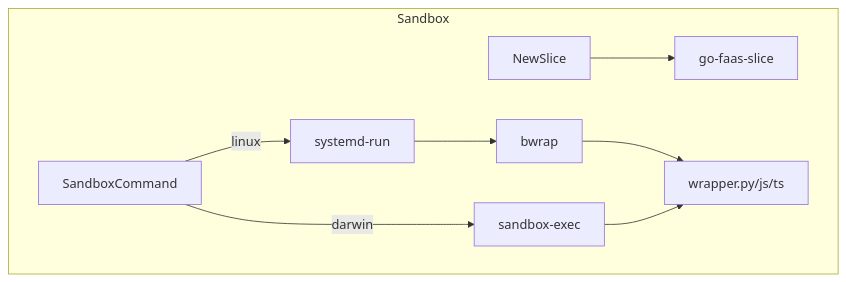
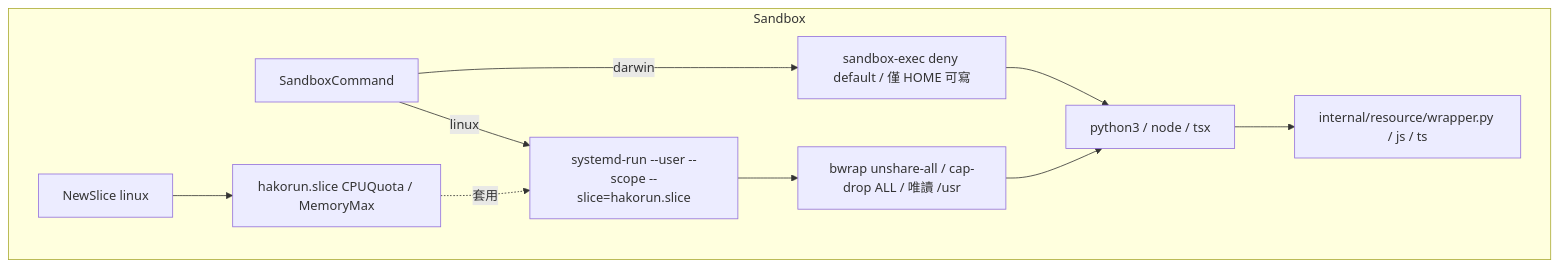
The seventh of 10 diagrams in doc/architecture.zh.md (pardnchiu/HakoRun), drawn with Mermaid before and after one commit. The commit also changed other lines of this file and 17 other files, not shown here.

````diff
--- a/doc/architecture.zh.md
+++ b/doc/architecture.zh.md
@@ -72,12 +142,13 @@
 ```mermaid
 graph TB
     subgraph Sandbox
-        NewSlice[NewSlice] --> SliceUnit[go-faas-slice]
-        SandboxCommand[SandboxCommand]
-        SandboxCommand -->|linux| SystemdRun[systemd-run]
-        SystemdRun --> Bwrap[bwrap]
-        Bwrap --> Wrapper[wrapper.py/js/ts]
-        SandboxCommand -->|darwin| Seatbelt[sandbox-exec]
-        Seatbelt --> Wrapper
+        SandboxCommand[SandboxCommand] -->|linux| SystemdRun[systemd-run --user --scope --slice=hakorun.slice]
+        SystemdRun --> Bwrap[bwrap unshare-all / cap-drop ALL / 唯讀 /usr]
+        SandboxCommand -->|darwin| Seatbelt[sandbox-exec deny default / 僅 HOME 可寫]
+        Bwrap --> Runtime[python3 / node / tsx]
+        Seatbelt --> Runtime
+        Runtime --> Wrapper[internal/resource/wrapper.py / js / ts]
+        NewSlice[NewSlice linux] --> SliceFile[hakorun.slice CPUQuota / MemoryMax]
     end
+    SliceFile -.套用.-> SystemdRun
 ```
````
